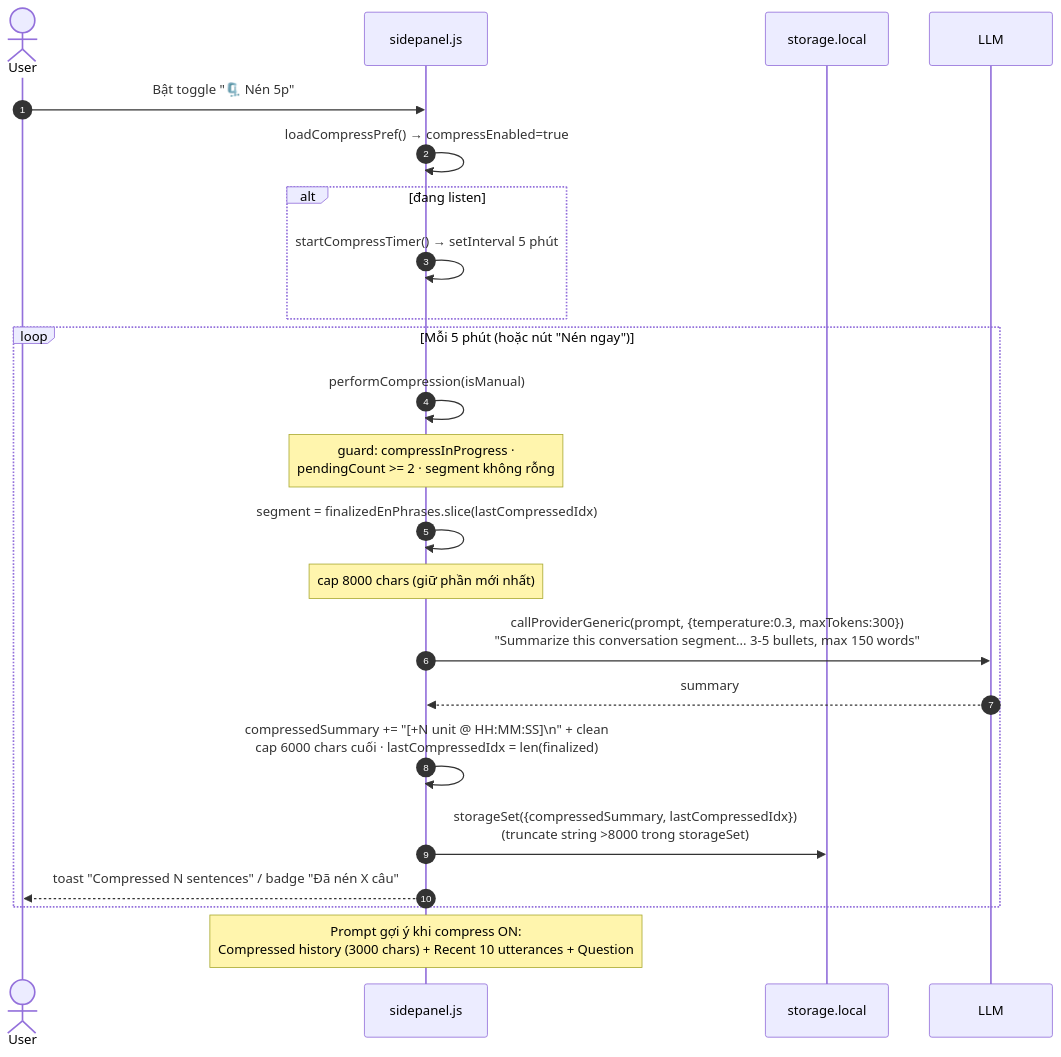
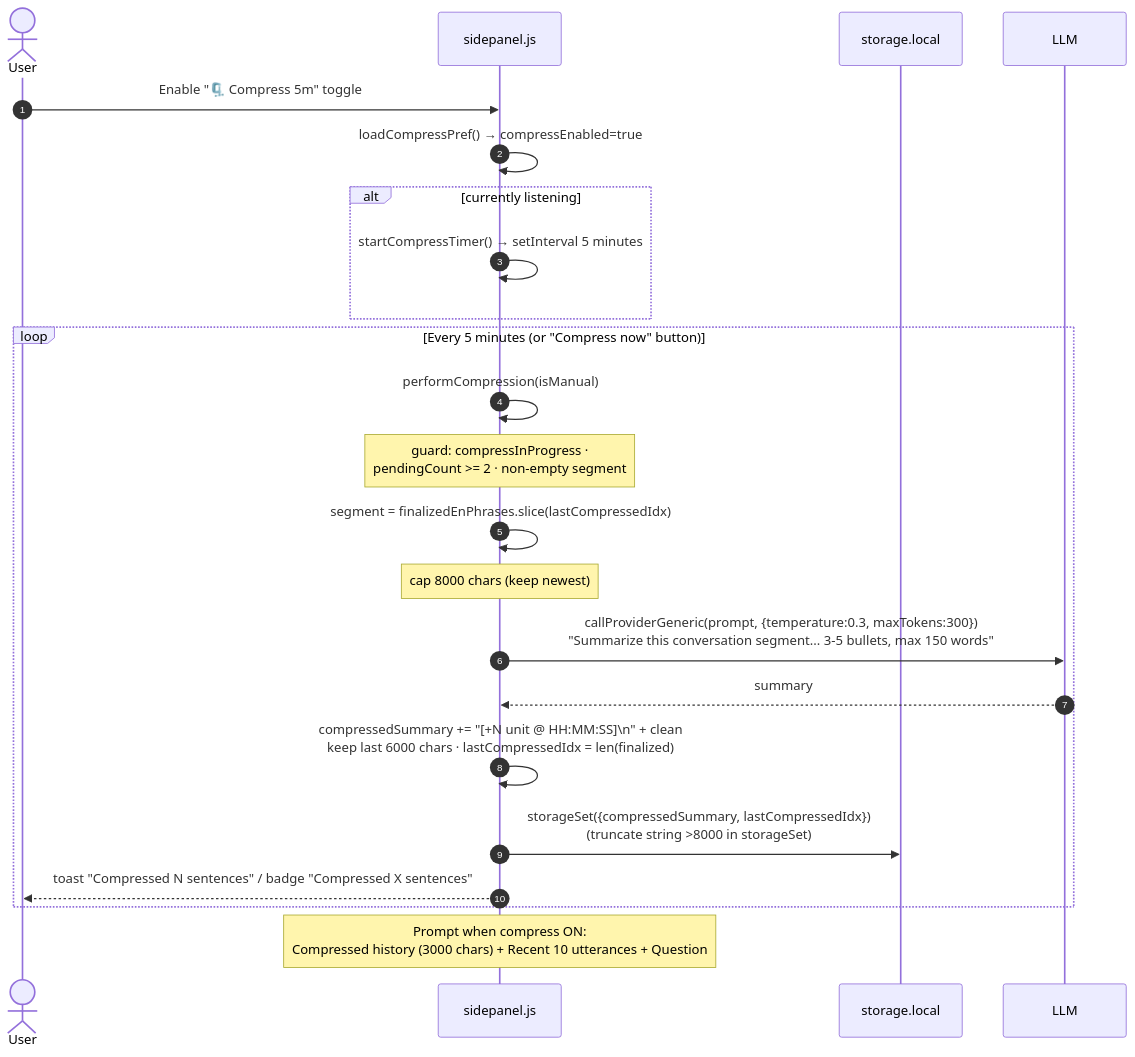
Before and after one commit to nbhson/app-live-translate-extension: the sixth of 9 diagrams in README.md, drawn with Mermaid. The commit also changed other lines of this file, not shown here.

````diff
--- a/README.md
+++ b/README.md
@@ -248,27 +248,27 @@
 ```mermaid
 sequenceDiagram
     autonumber
     actor U as User
     participant UI as sidepanel.js
     participant ST as storage.local
 
-    U->>UI: Bật toggle "🗜️ Nén 5p"
+    U->>UI: Enable "🗜️ Compress 5m" toggle
     UI->>UI: loadCompressPref() → compressEnabled=true
-    alt đang listen
-        UI->>UI: startCompressTimer() → setInterval 5 phút
+    alt currently listening
+        UI->>UI: startCompressTimer() → setInterval 5 minutes
     end
 
-    loop Mỗi 5 phút (hoặc nút "Nén ngay")
+    loop Every 5 minutes (or "Compress now" button)
         UI->>UI: performCompression(isManual)
-        Note over UI: guard: compressInProgress ·<br/>pendingCount >= 2 · segment không rỗng
+        Note over UI: guard: compressInProgress ·<br/>pendingCount >= 2 · non-empty segment
         UI->>UI: segment = finalizedEnPhrases.slice(lastCompressedIdx)
-        Note over UI: cap 8000 chars (giữ phần mới nhất)
+        Note over UI: cap 8000 chars (keep newest)
         UI->>LLM: callProviderGeneric(prompt, {temperature:0.3, maxTokens:300})<br/>"Summarize this conversation segment... 3-5 bullets, max 150 words"
         LLM-->>UI: summary
-        UI->>UI: compressedSummary += "[+N unit @ HH:MM:SS]\n" + clean<br/>cap 6000 chars cuối · lastCompressedIdx = len(finalized)
-        UI->>ST: storageSet({compressedSummary, lastCompressedIdx})<br/>(truncate string >8000 trong storageSet)
-        UI-->>U: toast "Compressed N sentences" / badge "Đã nén X câu"
+        UI->>UI: compressedSummary += "[+N unit @ HH:MM:SS]\n" + clean<br/>keep last 6000 chars · lastCompressedIdx = len(finalized)
+        UI->>ST: storageSet({compressedSummary, lastCompressedIdx})<br/>(truncate string >8000 in storageSet)
+        UI-->>U: toast "Compressed N sentences" / badge "Compressed X sentences"
     end
 
-    Note over UI: Prompt gợi ý khi compress ON:<br/>Compressed history (3000 chars) + Recent 10 utterances + Question
+    Note over UI: Prompt when compress ON:<br/>Compressed history (3000 chars) + Recent 10 utterances + Question
 ```
````
